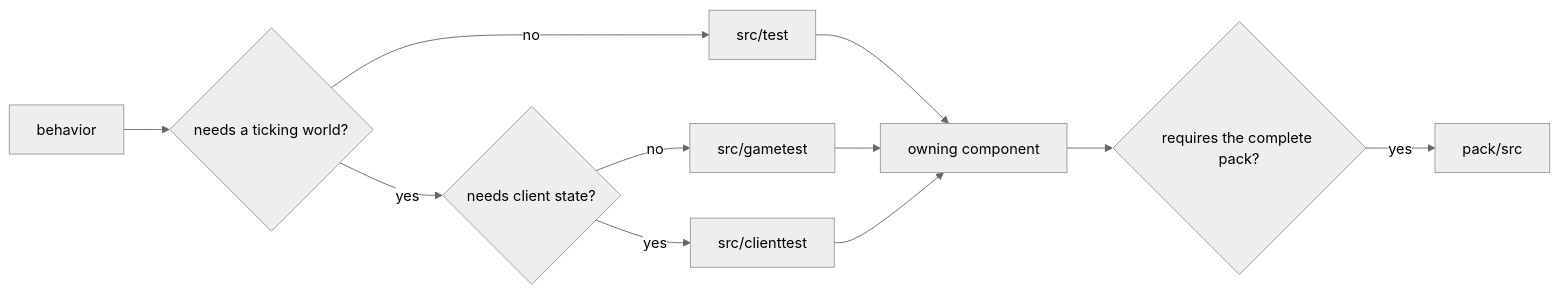
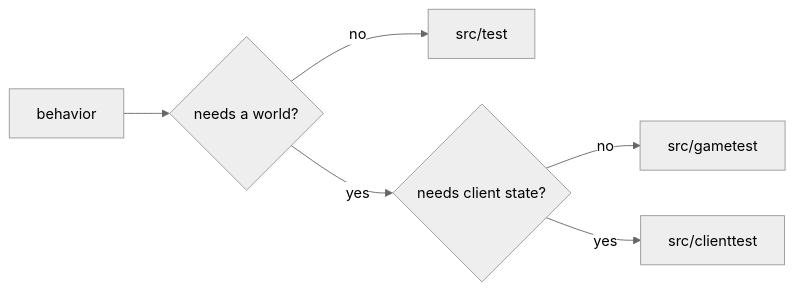
One commit to bertie-mc/bertie changed the diagram in docs/testing.md. Above: the diagram before and after it, drawn with Mermaid (neutral theme). The commit also changed other lines of this file and 3 other files, not shown here.

````diff
--- a/docs/testing.md
+++ b/docs/testing.md
@@ -15,13 +14,8 @@
 ```mermaid
 flowchart LR
-    A["behavior"] --> W{"needs a ticking world?"}
+    B["behavior"] --> W{"needs a world?"}
     W -- no --> U["src/test"]
     W -- yes --> C{"needs client state?"}
     C -- no --> G["src/gametest"]
     C -- yes --> T["src/clienttest"]
-    U --> O["owning component"]
-    G --> O
-    T --> O
-    O --> P{"requires the complete pack?"}
-    P -- yes --> F["pack/src"]
 ```
````
